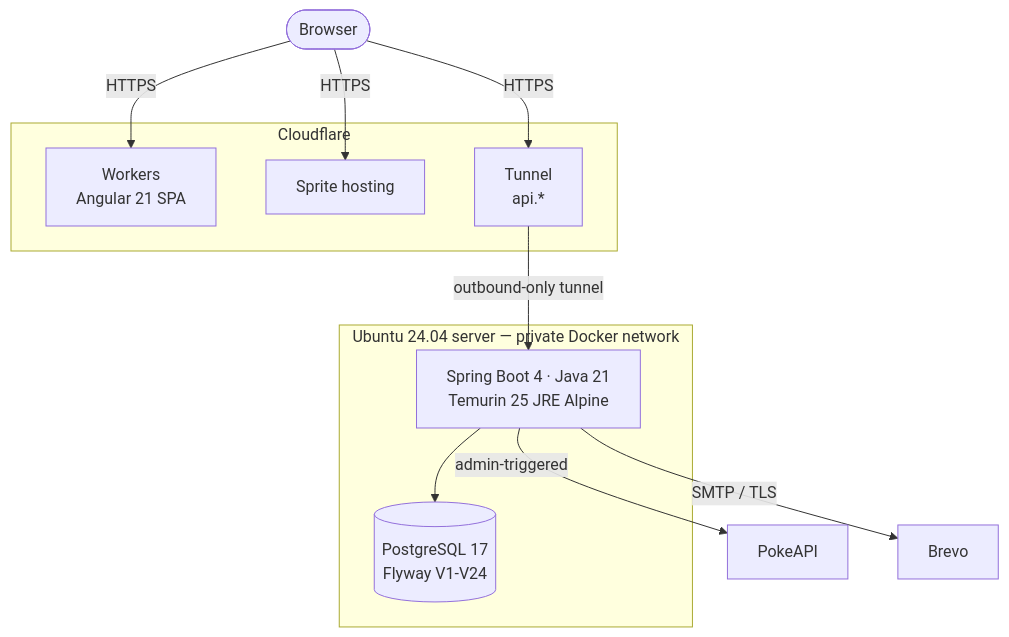
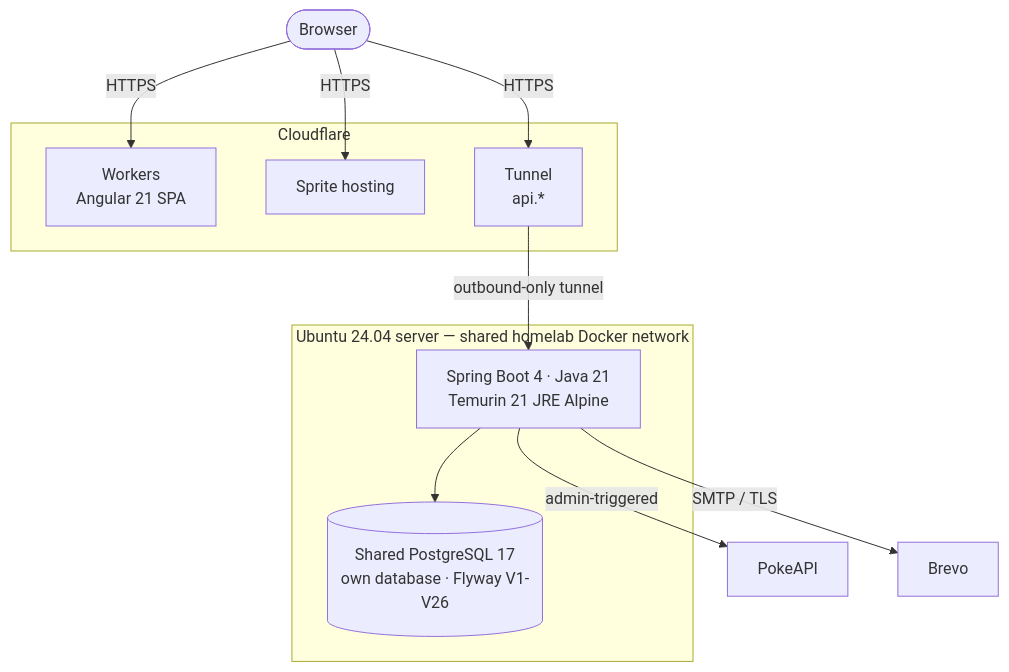
Before and after one commit to ManusolJ/pokemon-backend: the first of 2 diagrams in README.md, drawn with Mermaid. The commit also changed other lines of this file, not shown here.

````diff
--- a/README.md
+++ b/README.md
@@ -156,26 +162,26 @@
 ```mermaid
 flowchart TD
     Browser(["Browser"])
 
     subgraph cf ["Cloudflare"]
         SPA["Workers<br>Angular 21 SPA"]
         Sprites["Sprite hosting"]
         Tunnel["Tunnel<br>api.*"]
     end
 
-    subgraph host ["Ubuntu 24.04 server &mdash; private Docker network"]
-        App["Spring Boot 4 &middot; Java 21<br>Temurin 25 JRE Alpine"]
-        DB[("PostgreSQL 17<br>Flyway V1-V24")]
+    subgraph host ["Ubuntu 24.04 server &mdash; shared homelab Docker network"]
+        App["Spring Boot 4 &middot; Java 21<br>Temurin 21 JRE Alpine"]
+        DB[("Shared PostgreSQL 17<br>own database &middot; Flyway V1-V26")]
     end
 
     PokeAPI["PokeAPI"]
     Brevo["Brevo"]
 
     Browser -- HTTPS --> SPA
     Browser -- HTTPS --> Sprites
     Browser -- HTTPS --> Tunnel
     Tunnel -- "outbound-only tunnel" --> App
     App --> DB
     App -- "admin-triggered" --> PokeAPI
     App -- "SMTP / TLS" --> Brevo
 ```
````
